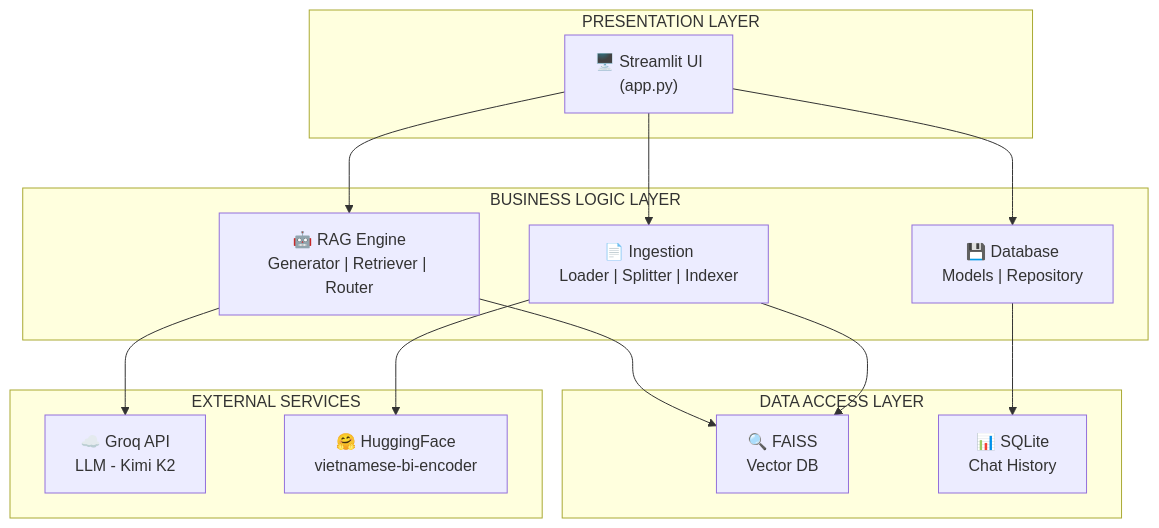
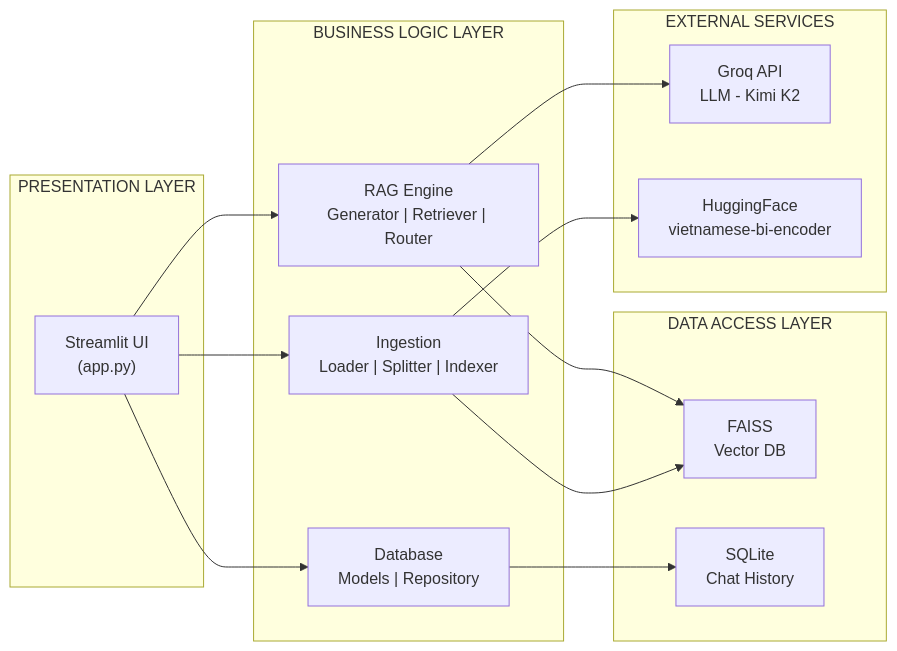
The first of 2 diagrams in presentation_slides/pages/member1.md (doananhhung/chat-bot-law), drawn with Mermaid before and after one commit. The commit also changed other lines of this file and 9 other files, not shown here.

````diff
--- a/presentation_slides/pages/member1.md
+++ b/presentation_slides/pages/member1.md
@@ -101,31 +92,31 @@
 ```mermaid
-flowchart TB
+flowchart LR
     subgraph Presentation["PRESENTATION LAYER"]
-        UI["🖥️ Streamlit UI<br/>(app.py)"]
+        UI[" Streamlit UI<br/>(app.py)"]
     end
     
     subgraph Business["BUSINESS LOGIC LAYER"]
-        RAG["🤖 RAG Engine<br/>Generator | Retriever | Router"]
-        ING["📄 Ingestion<br/>Loader | Splitter | Indexer"]
-        DB["💾 Database<br/>Models | Repository"]
+        RAG[" RAG Engine<br/>Generator | Retriever | Router"]
+        ING[" Ingestion<br/>Loader | Splitter | Indexer"]
+        DB[" Database<br/>Models | Repository"]
     end
     
     subgraph Data["DATA ACCESS LAYER"]
-        FAISS["🔍 FAISS<br/>Vector DB"]
-        SQLite["📊 SQLite<br/>Chat History"]
+        FAISS[" FAISS<br/>Vector DB"]
+        SQLite[" SQLite<br/>Chat History"]
     end
     
     subgraph External["EXTERNAL SERVICES"]
-        Groq["☁️ Groq API<br/>LLM - Kimi K2"]
-        HF["🤗 HuggingFace<br/>vietnamese-bi-encoder"]
+        Groq[" Groq API<br/>LLM - Kimi K2"]
+        HF[" HuggingFace<br/>vietnamese-bi-encoder"]
     end
     
     UI --> RAG
     UI --> ING
     UI --> DB
     RAG --> FAISS
     RAG --> Groq
     ING --> FAISS
     ING --> HF
     DB --> SQLite
 ```
````
